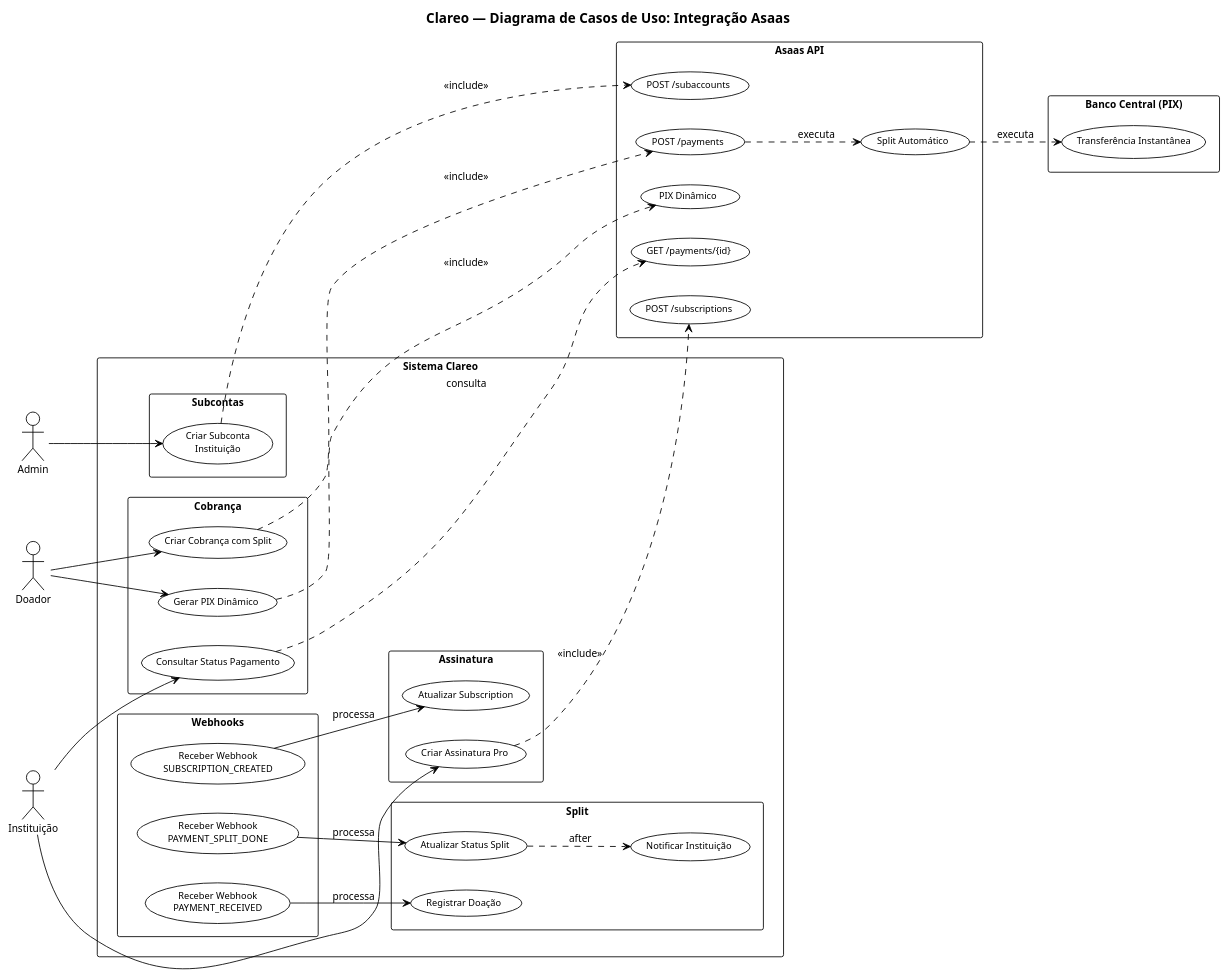
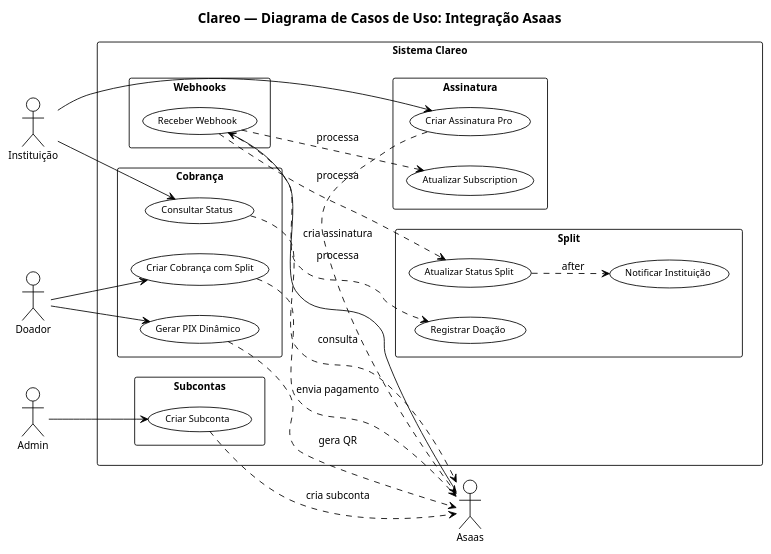
Before and after one commit to GabrielHR0/clareo-api: the diagram in doc/asaas/diagramas/05-INTEGRACAO-ASAAS.puml, drawn with PlantUML. The commit also changed 1 other file, not shown here.

Commit message:
docs: corrigir diagrama instituição (mais horizontal) e integração Asaas (bonequinho com ligações)

```diff
--- a/doc/asaas/diagramas/05-INTEGRACAO-ASAAS.puml
+++ b/doc/asaas/diagramas/05-INTEGRACAO-ASAAS.puml
@@ -1,88 +1,71 @@
 @startuml Clareo - Integracao Asaas
 !theme plain
 skinparam defaultFontName Arial
 skinparam defaultFontSize 12
 skinparam packageFontSize 13
 skinparam packageStyle rectangle
 skinparam useCaseFontSize 11
 skinparam actorFontSize 12
 skinparam titleFontSize 16
 skinparam titleFontStyle bold
 
 title Clareo — Diagrama de Casos de Uso: Integração Asaas
 
 left to right direction
 
 ' ===== Atores =====
 actor "Doador" as Donor
 actor "Instituição" as Institution
 actor "Admin" as Admin
+actor "Asaas" as Asaas
 
 ' ===== Sistema =====
 rectangle "Sistema Clareo" {
 
   package "Cobrança" {
     usecase "Criar Cobrança com Split" as UC1
     usecase "Gerar PIX Dinâmico" as UC2
-    usecase "Consultar Status Pagamento" as UC3
+    usecase "Consultar Status" as UC3
   }
 
   package "Split" {
     usecase "Registrar Doação" as UC4
     usecase "Atualizar Status Split" as UC5
     usecase "Notificar Instituição" as UC6
   }
 
   package "Assinatura" {
     usecase "Criar Assinatura Pro" as UC7
     usecase "Atualizar Subscription" as UC8
   }
 
   package "Webhooks" {
-    usecase "Receber Webhook\nPAYMENT_RECEIVED" as UC9
-    usecase "Receber Webhook\nPAYMENT_SPLIT_DONE" as UC10
-    usecase "Receber Webhook\nSUBSCRIPTION_CREATED" as UC11
+    usecase "Receber Webhook" as UC9
   }
 
   package "Subcontas" {
-    usecase "Criar Subconta\nInstituição" as UC12
+    usecase "Criar Subconta" as UC10
   }
 }
 
-' ===== Asaas =====
-rectangle "Asaas API" {
-  usecase "POST /payments" as UC_A1
-  usecase "PIX Dinâmico" as UC_A2
-  usecase "Split Automático" as UC_A3
-  usecase "POST /subaccounts" as UC_A4
-  usecase "POST /subscriptions" as UC_A5
-  usecase "GET /payments/{id}" as UC_A6
-}
-
-' ===== Banco Central =====
-rectangle "Banco Central (PIX)" {
-  usecase "Transferência Instantânea" as UC_B1
-}
-
 ' ===== Conexões =====
-Admin --> UC12
+Admin --> UC10
 Donor --> UC1
 Donor --> UC2
 Institution --> UC3
 Institution --> UC7
 
+Asaas --> UC9
+
 ' ===== Relacionamentos =====
-UC1 ..> UC_A1 : <<include>>
-UC2 ..> UC_A2 : <<include>>
-UC_A1 ..> UC_A3 : executa
-UC12 ..> UC_A4 : <<include>>
-UC7 ..> UC_A5 : <<include>>
-UC3 ..> UC_A6 : consulta
-
-UC9 --> UC4 : processa
-UC10 --> UC5 : processa
-UC11 --> UC8 : processa
+UC1 ..> Asaas : envia pagamento
+UC2 ..> Asaas : gera QR
+UC10 ..> Asaas : cria subconta
+UC7 ..> Asaas : cria assinatura
+UC9 ..> UC4 : processa
+UC9 ..> UC5 : processa
+UC9 ..> UC8 : processa
 UC5 ..> UC6 : after
-UC_A3 ..> UC_B1 : executa
+UC3 ..> Asaas : consulta
 
 @enduml
```
